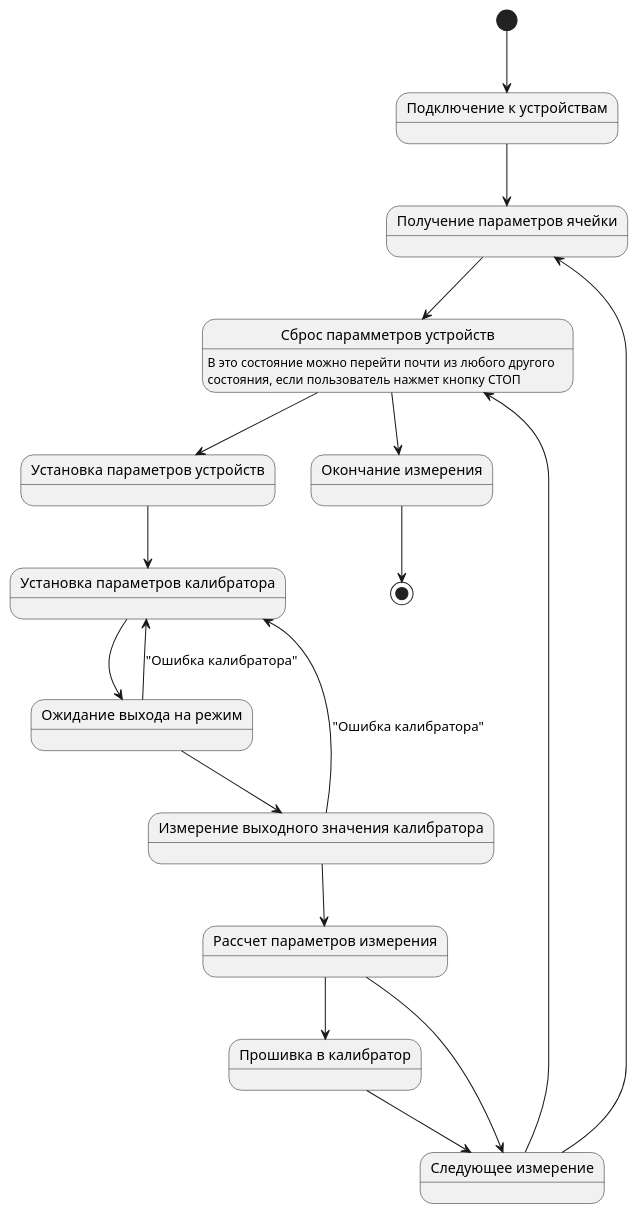
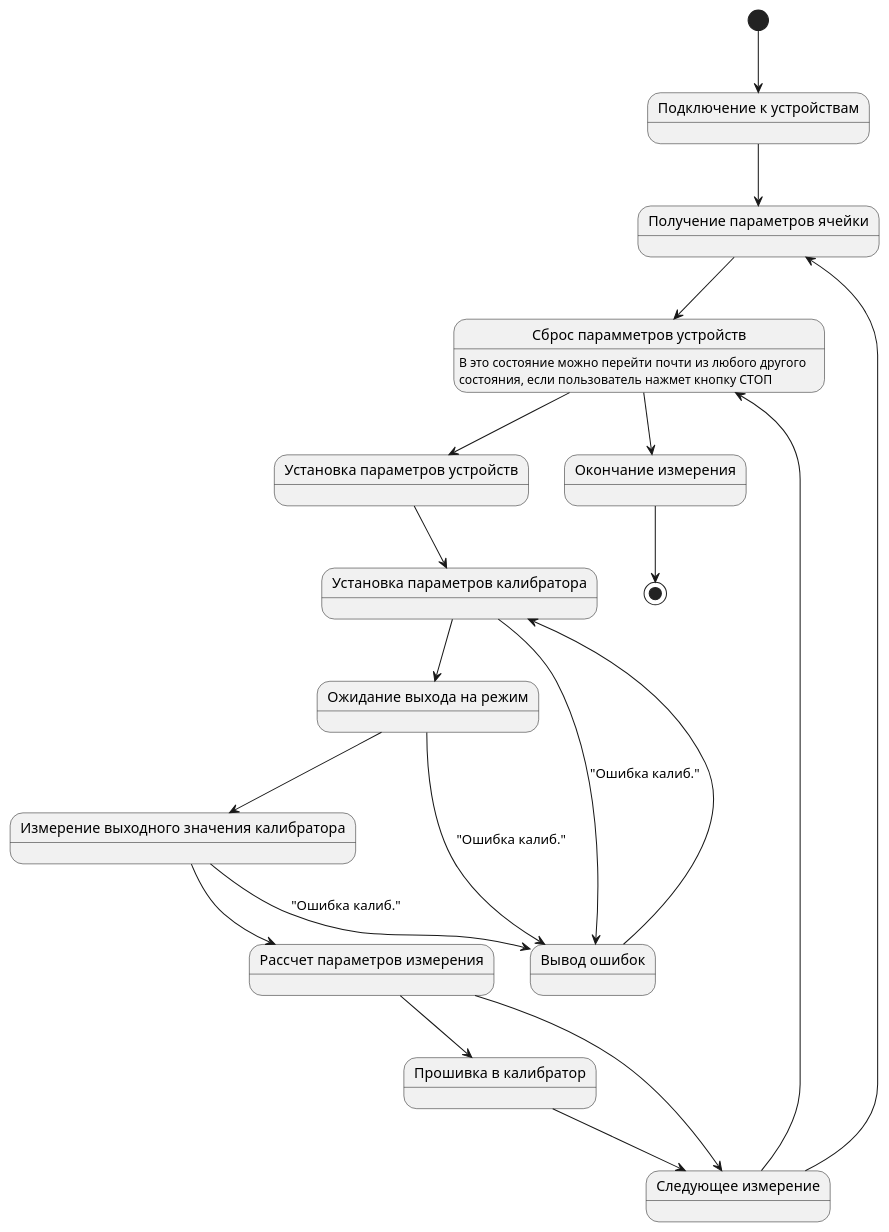
The diagram in UML/main_state_machine.puml (irsural/clb_autocalibration), drawn with PlantUML before and after one commit. The commit also changed 3 other files, not shown here.

```diff
--- a/UML/main_state_machine.puml
+++ b/UML/main_state_machine.puml
@@ -1,37 +1,40 @@
 @startuml
 
 state "Подключение к устройствам" as device_connect
 state "Сброс парамметров устройств" as reset_devices
 state "Установка параметров устройств" as set_devices
 state "Установка параметров калибратора" as set_calibrator
 
 state "Получение параметров ячейки" as get_cell_params
 state "Ожидание выхода на режим" as wait_ready
 state "Измерение выходного значения калибратора" as measurement
 state "Рассчет параметров измерения" as calc_parameters
 state "Прошивка в калибратор" as flash_data
 state "Следующее измерение" as next_measure
 state "Окончание измерения" as measure_finish
+state "Вывод ошибок" as errors_output
 
 
 [*] --> device_connect
 device_connect --> get_cell_params
 get_cell_params --> reset_devices
 reset_devices: В это состояние можно перейти почти из любого другого \
 \nсостояния, если пользователь нажмет кнопку СТОП
 reset_devices --> set_devices
 set_devices --> set_calibrator
 set_calibrator --> wait_ready
+set_calibrator --> errors_output: "Ошибка калиб."
 wait_ready --> measurement
-wait_ready --> set_calibrator: "Ошибка калибратора"
+wait_ready --> errors_output: "Ошибка калиб."
 measurement --> calc_parameters
-measurement --> set_calibrator: "Ошибка калибратора"
+measurement --> errors_output: "Ошибка калиб."
+errors_output --> set_calibrator
 calc_parameters --> flash_data
 calc_parameters --> next_measure
 flash_data --> next_measure
 next_measure --> reset_devices
 next_measure --> get_cell_params
 reset_devices --> measure_finish
 measure_finish --> [*]
 
 @enduml
```
